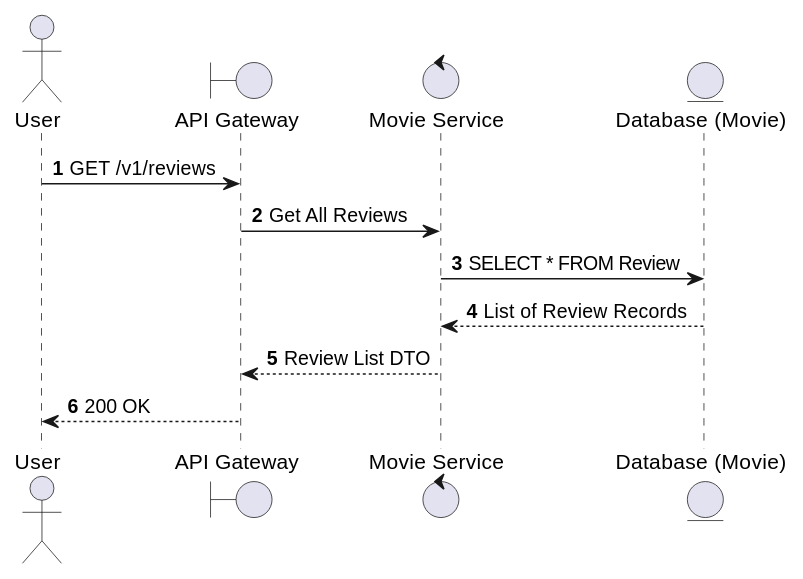
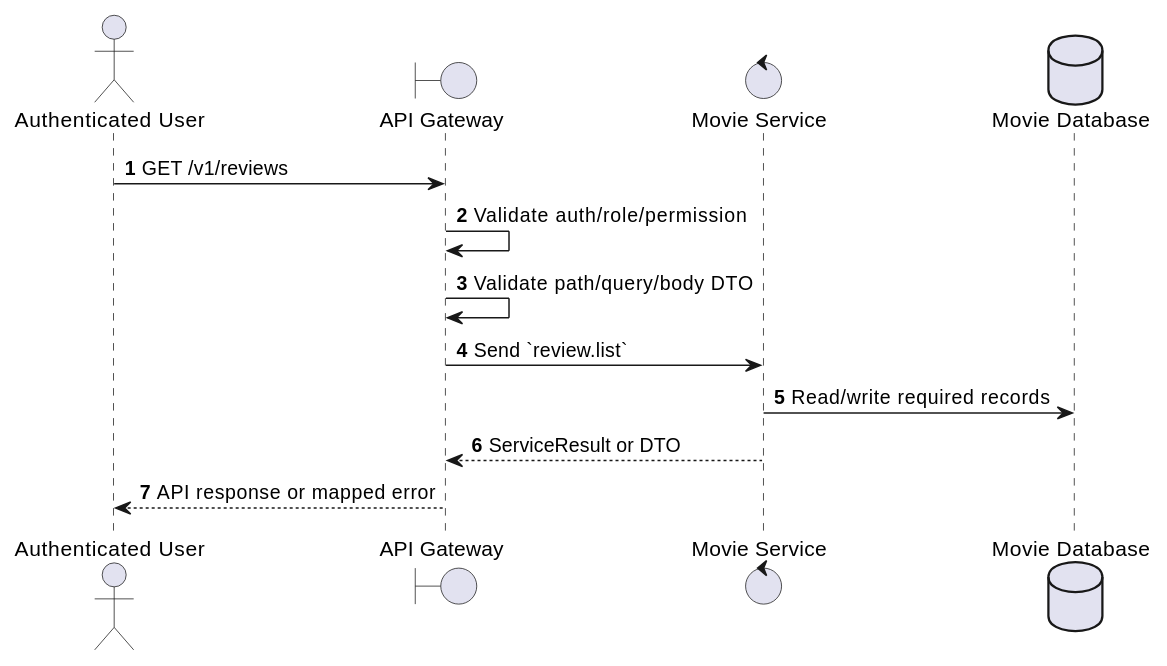
One commit to Tanh1603/movie-hub-architecture changed the first of 2 diagrams in docs/functional_specs/3.3.4_Movie_Reviews/RV-01_List_Reviews.md. Above: the diagram before and after it, drawn with PlantUML. The commit also changed other lines of this file and 126 other files, not shown here.

````diff
--- a/docs/functional_specs/3.3.4_Movie_Reviews/RV-01_List_Reviews.md
+++ b/docs/functional_specs/3.3.4_Movie_Reviews/RV-01_List_Reviews.md
@@ -17,16 +17,17 @@
 ```plantuml
 @startuml
 autonumber
-actor User
+actor "Authenticated User" as Actor
 boundary "API Gateway" as GW
-control "Movie Service" as MS
-entity "Database (Movie)" as DB
+control "Movie Service" as SVC
+database "Movie Database" as DB
 
-User -> GW: GET /v1/reviews
-GW -> MS: Get All Reviews
-MS -> DB: SELECT * FROM Review
-DB --> MS: List of Review Records
-MS --> GW: Review List DTO
-GW --> User: 200 OK
+Actor -> GW: GET /v1/reviews
+GW -> GW: Validate auth/role/permission
+GW -> GW: Validate path/query/body DTO
+GW -> SVC: Send `review.list`
+SVC -> DB: Read/write required records
+SVC --> GW: ServiceResult or DTO
+GW --> Actor: API response or mapped error
 @enduml
 ```
````
